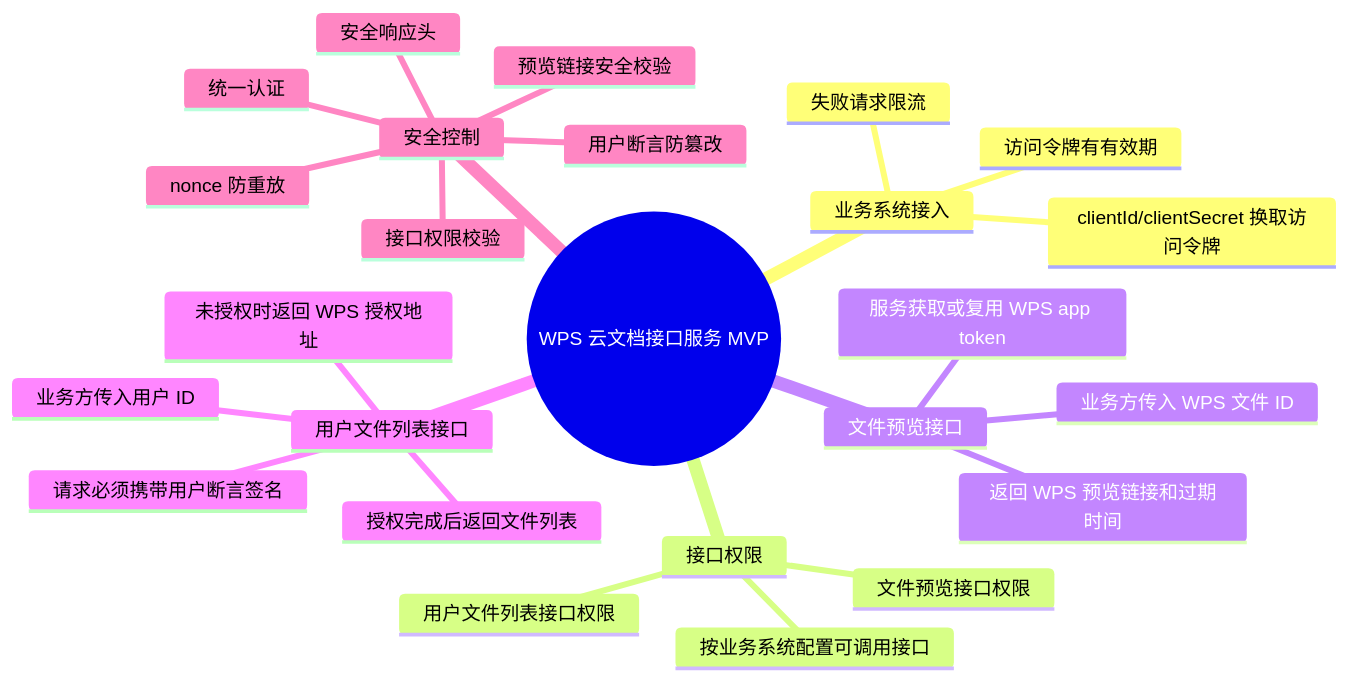
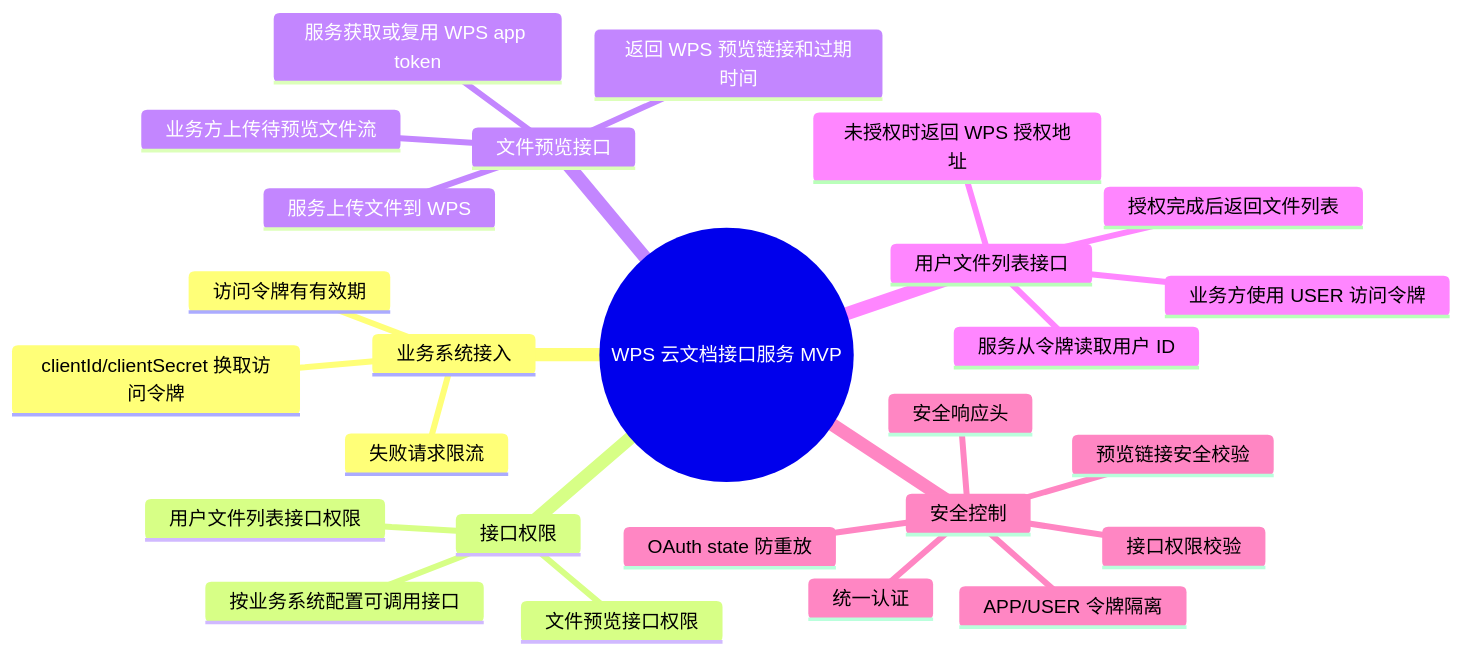
The first of 4 diagrams in docs/features/wps-yundoc-interface-mvp-feature.zh-CN.md (a1351995160/yungateway-minimal-token-wps), drawn with Mermaid before and after one commit. The commit also changed other lines of this file and 116 other files, not shown here.

First line of the commit message:
feat: support WPS user auth and app preview upload

````diff
--- a/docs/features/wps-yundoc-interface-mvp-feature.zh-CN.md
+++ b/docs/features/wps-yundoc-interface-mvp-feature.zh-CN.md
@@ -35,28 +35,29 @@
 ```mermaid
 mindmap
   root((WPS 云文档接口服务 MVP))
     业务系统接入
       clientId/clientSecret 换取访问令牌
       访问令牌有有效期
       失败请求限流
     接口权限
       按业务系统配置可调用接口
       文件预览接口权限
       用户文件列表接口权限
     文件预览接口
-      业务方传入 WPS 文件 ID
+      业务方上传待预览文件流
       服务获取或复用 WPS app token
+      服务上传文件到 WPS
       返回 WPS 预览链接和过期时间
     用户文件列表接口
-      业务方传入用户 ID
-      请求必须携带用户断言签名
+      业务方使用 USER 访问令牌
+      服务从令牌读取用户 ID
       未授权时返回 WPS 授权地址
       授权完成后返回文件列表
     安全控制
       统一认证
       接口权限校验
-      用户断言防篡改
-      nonce 防重放
+      APP/USER 令牌隔离
+      OAuth state 防重放
       预览链接安全校验
       安全响应头
 ```
````
